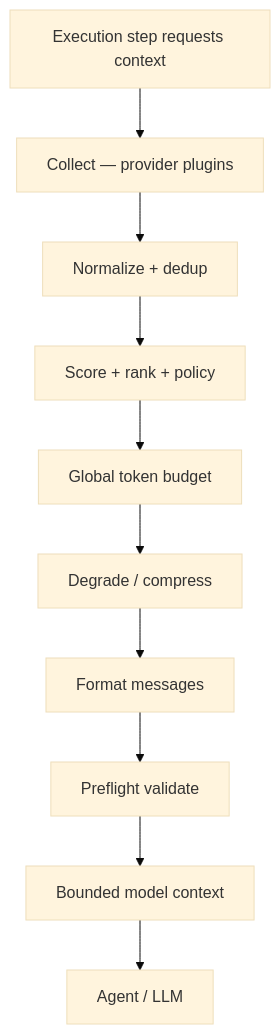
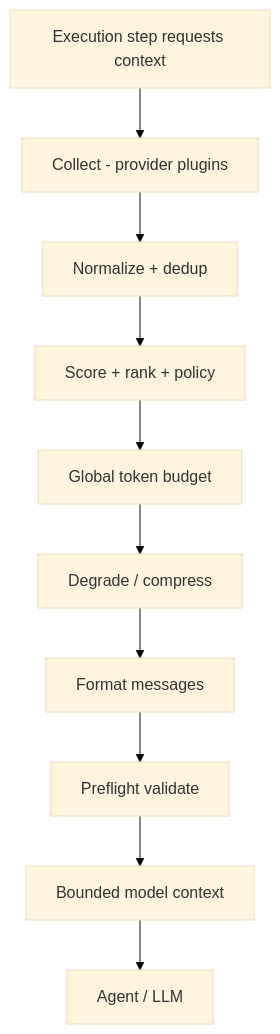
One commit to jakbuczarnecki/intergrax changed the diagram in docs/project/architecture/CONTEXT_ENGINEERING.md. Above: the diagram before and after it, drawn with Mermaid (base theme). The commit also changed other lines of this file and 863 other files, not shown here.

````diff
--- a/docs/project/architecture/CONTEXT_ENGINEERING.md
+++ b/docs/project/architecture/CONTEXT_ENGINEERING.md
@@ -131,15 +131,15 @@
 ```mermaid
 flowchart TB
     REQ[Execution step requests context]
-    COL[Collect — provider plugins]
+    COL[Collect - provider plugins]
     NRM[Normalize + dedup]
     SCR[Score + rank + policy]
     BUD[Global token budget]
     DEG[Degrade / compress]
     FMT[Format messages]
     VAL[Preflight validate]
     OUT[Bounded model context]
     LLM[Agent / LLM]
 
     REQ --> COL --> NRM --> SCR --> BUD --> DEG --> FMT --> VAL --> OUT --> LLM
 ```
````
